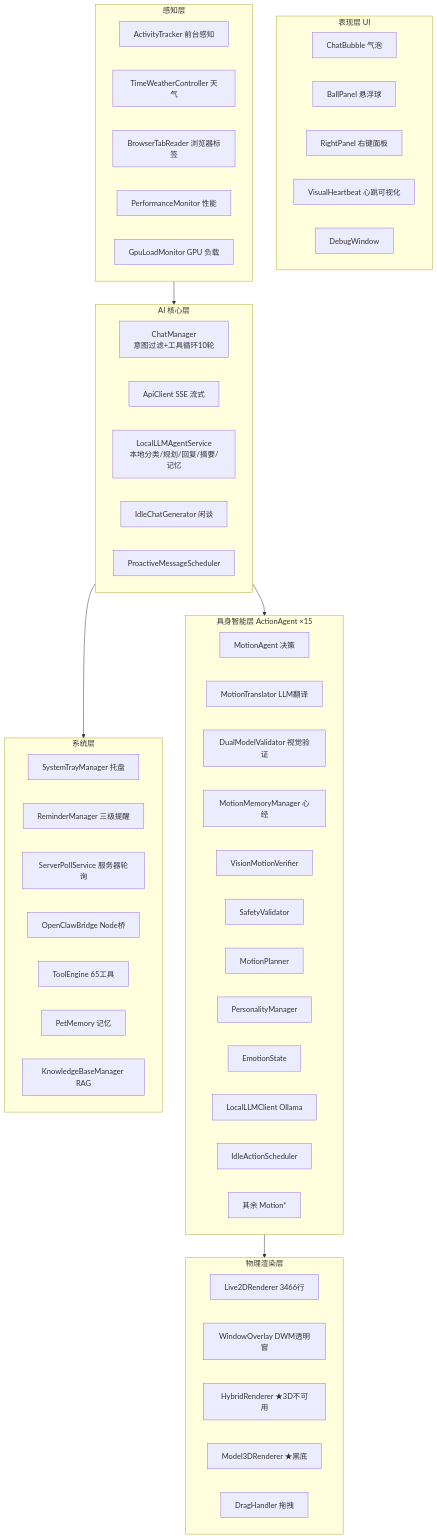
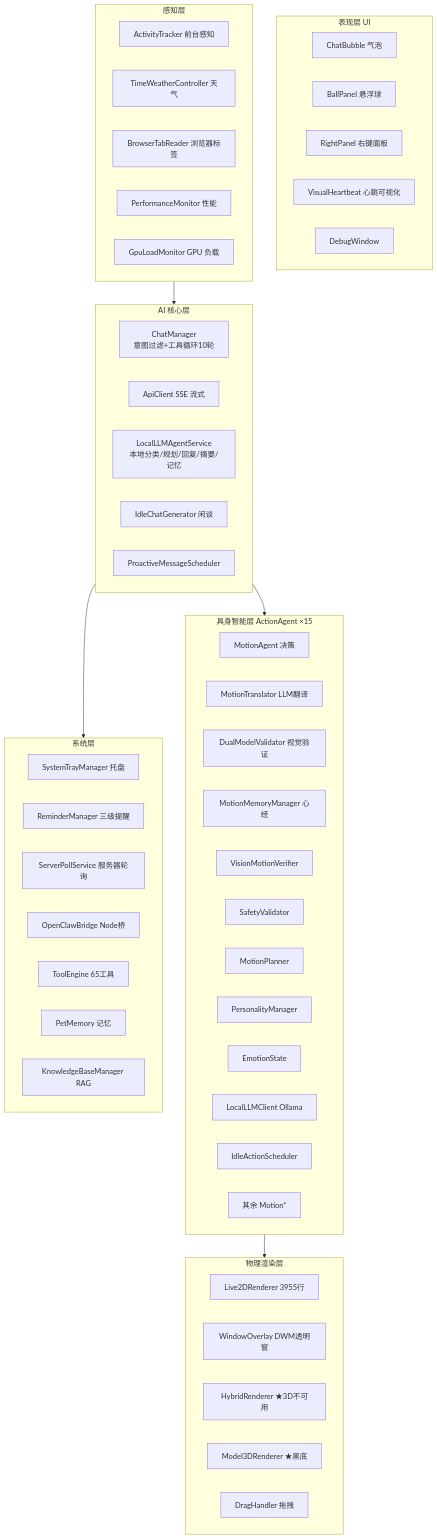
Before and after one commit to xuan-852/FuXuan_deskpet: the diagram in docs/code-truth-architecture.md, drawn with Mermaid. The commit also changed other lines of this file and 13 other files, not shown here.

````diff
--- a/docs/code-truth-architecture.md
+++ b/docs/code-truth-architecture.md
@@ -60,64 +61,64 @@
 ```mermaid
 flowchart TB
     subgraph UI[表现层 UI]
         A1[ChatBubble 气泡]
         A2[BallPanel 悬浮球]
         A3[RightPanel 右键面板]
         A4[VisualHeartbeat 心跳可视化]
         A5[DebugWindow]
     end
 
     subgraph AI[AI 核心层]
         B1[ChatManager<br/>意图过滤+工具循环10轮]
         B2[ApiClient SSE 流式]
         B3[LocalLLMAgentService<br/>本地分类/规划/回复/摘要/记忆]
         B4[IdleChatGenerator 闲谈]
         B5[ProactiveMessageScheduler]
     end
 
     subgraph PER[感知层]
         C1[ActivityTracker 前台感知]
         C2[TimeWeatherController 天气]
         C3[BrowserTabReader 浏览器标签]
         C4[PerformanceMonitor 性能]
         C5[GpuLoadMonitor GPU 负载]
     end
 
     subgraph EMB[具身智能层 ActionAgent ×15]
         D1[MotionAgent 决策]
         D2[MotionTranslator LLM翻译]
         D3[DualModelValidator 视觉验证]
         D4[MotionMemoryManager 心经]
         D5[VisionMotionVerifier]
         D6[SafetyValidator]
         D7[MotionPlanner]
         D8[PersonalityManager]
         D9[EmotionState]
         D10[LocalLLMClient Ollama]
         D11[IdleActionScheduler]
         D12[其余 Motion*]
     end
 
     subgraph PHYS[物理渲染层]
-        E1[Live2DRenderer 3466行]
+        E1[Live2DRenderer 3955行]
         E2[WindowOverlay DWM透明窗]
         E3[HybridRenderer ★3D不可用]
         E4[Model3DRenderer ★黑底]
         E5[DragHandler 拖拽]
     end
 
     subgraph SYS[系统层]
         F1[SystemTrayManager 托盘]
         F2[ReminderManager 三级提醒]
         F3[ServerPollService 服务器轮询]
         F4[OpenClawBridge Node桥]
         F5[ToolEngine 65工具]
         F6[PetMemory 记忆]
         F7[KnowledgeBaseManager RAG]
     end
 
     AI --> EMB
     PER --> AI
     EMB --> PHYS
     AI --> SYS
 ```
````
